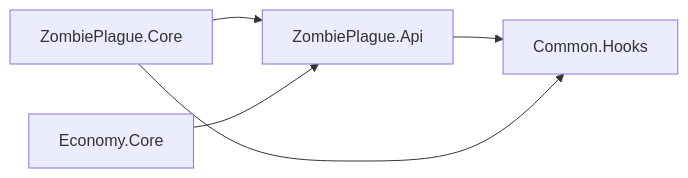
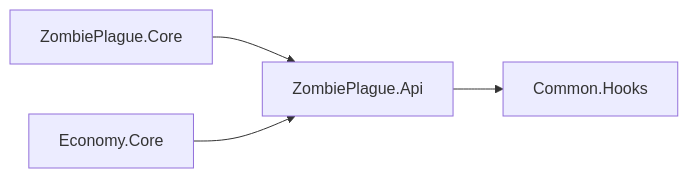
One commit to elysium-corp/cs2-zombie-plague changed the ninth of 10 diagrams in Common.Hooks/README.md. Above: the diagram before and after it, drawn with Mermaid. The commit also changed other lines of this file, not shown here.

````diff
--- a/Common.Hooks/README.md
+++ b/Common.Hooks/README.md
@@ -1031,12 +957,14 @@
 ```mermaid
 flowchart LR
     Common["Common.Hooks"]
+
     Api["ZombiePlague.Api"]
+
     Core["ZombiePlague.Core"]
-    Consumer["Economy.Core"]
+
+    Economy["Economy.Core"]
 
     Api --> Common
     Core --> Api
-    Core --> Common
-    Consumer --> Api
+    Economy --> Api
 ```
````
